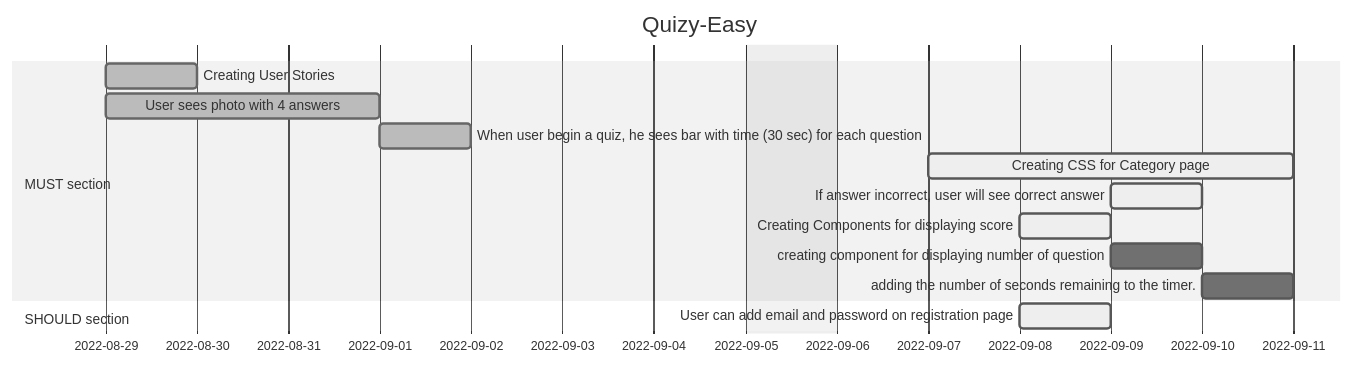
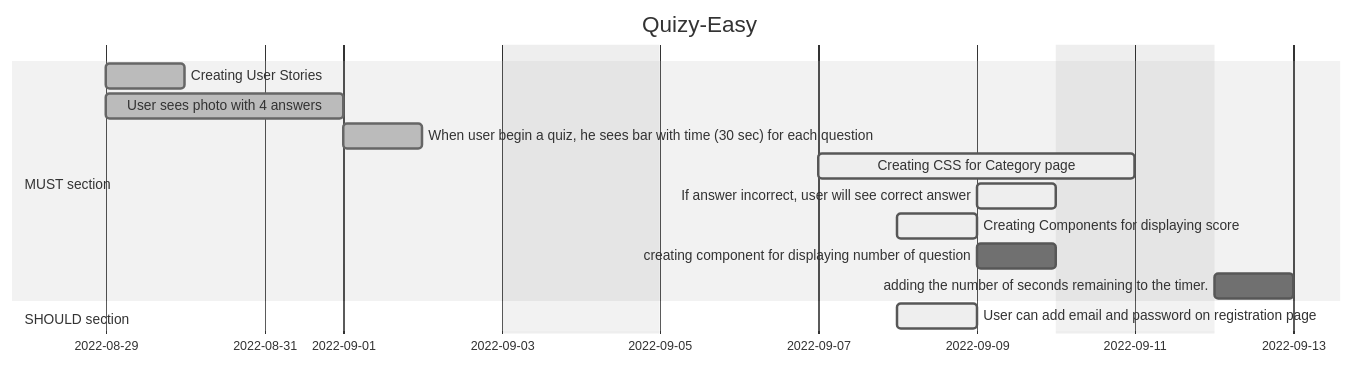
The diagram in README.md (arkadiyshin/quizy-easy), drawn with Mermaid (neutral theme) before and after one commit.

````diff
--- a/README.md
+++ b/README.md
@@ -1,23 +1,23 @@
 ```mermaid
 
 gantt
 dateFormat  YYYY-MM-DD
 title Quizy-Easy
-excludes weekdays 2022-09-05
+excludes weekdays 2022-09-03,2022-09-04,2022-09-10,2022-09-11
 
 section MUST section
 Creating User Stories                                 :done,    des01, 2022-08-29, 1d
 User sees photo with 4 answers                        :done,    des02, 2022-08-29, 3d
 
 When user begin a quiz, he sees bar with time (30 sec) for each question                  :done,    des03, 2022-09-01, 1d
 Creating CSS for Category page                        :active,  des3, 2022-09-07, 2022-09-11
 
 If answer incorrect, user will see correct answer     :active,  des5, 2022-09-09, 1d
 Creating Components for displaying score              :active,  des6, 2022-09-08, 1d
 creating component for displaying number of question  :         des7, after des6, 1d
 adding the number of seconds remaining to the timer.  :         des8, after des7, 1d
 
 
 section SHOULD section
 User can add email and password on registration page  :active,  des4, 2022-09-08, 1d
 ```
````
